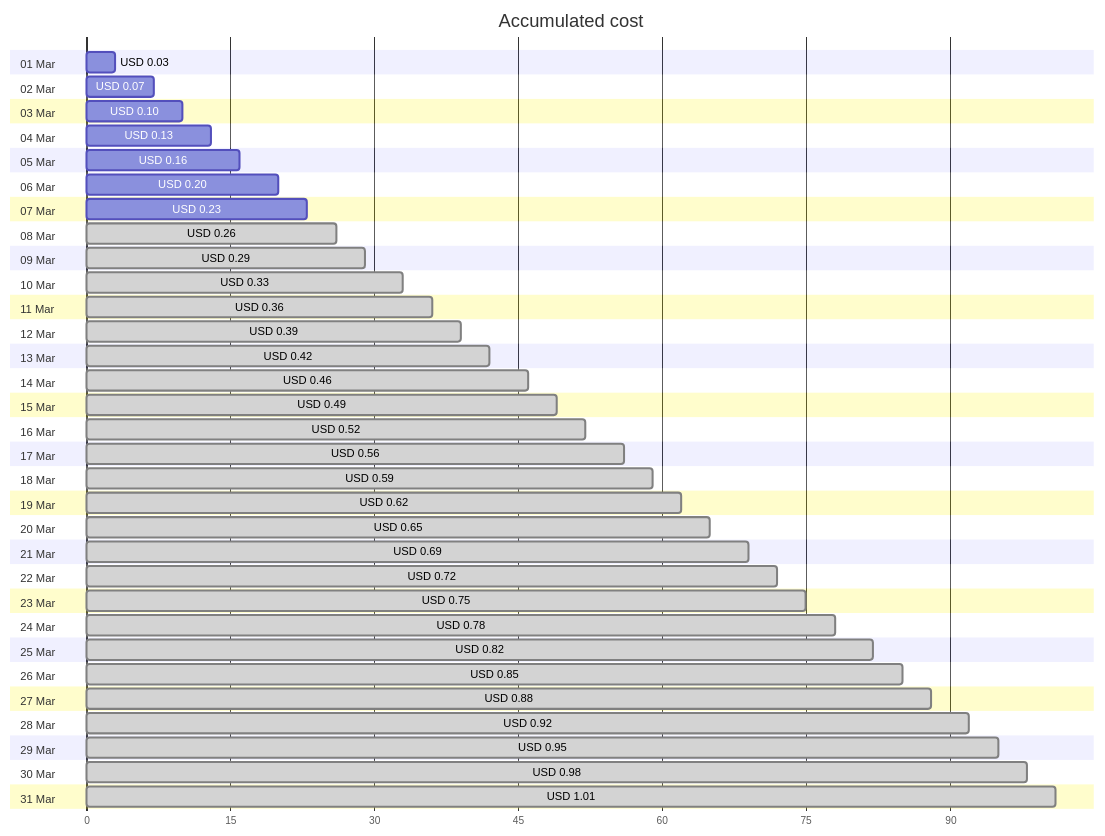
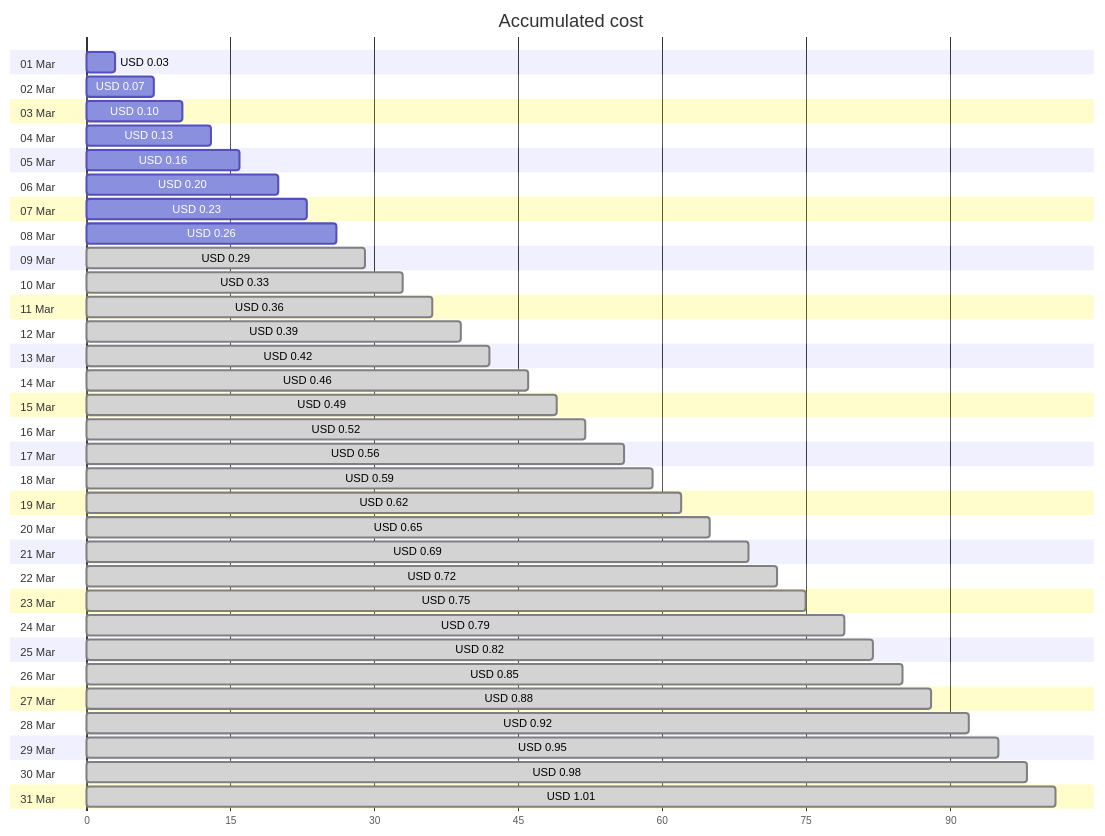
Before and after one commit to jpfulton/azure-personal-reports: the first of 4 diagrams in cost-reports/personal-dns/README.md, drawn with Mermaid. The commit also changed other lines of this file and 2 other files, not shown here.

````diff
--- a/cost-reports/personal-dns/README.md
+++ b/cost-reports/personal-dns/README.md
@@ -20,68 +20,68 @@
 ```mermaid
 gantt
    title Accumulated cost
    dateFormat  X
    axisFormat %s
    section 01 Mar
    USD 0.03 :0, 3
    section 02 Mar
    USD 0.07 :0, 7
    section 03 Mar
    USD 0.10 :0, 10
    section 04 Mar
    USD 0.13 :0, 13
    section 05 Mar
    USD 0.16 :0, 16
    section 06 Mar
    USD 0.20 :0, 20
    section 07 Mar
    USD 0.23 :0, 23
    section 08 Mar
-   USD 0.26 : done, 0, 26
+   USD 0.26 :0, 26
    section 09 Mar
    USD 0.29 : done, 0, 29
    section 10 Mar
    USD 0.33 : done, 0, 33
    section 11 Mar
    USD 0.36 : done, 0, 36
    section 12 Mar
    USD 0.39 : done, 0, 39
    section 13 Mar
    USD 0.42 : done, 0, 42
    section 14 Mar
    USD 0.46 : done, 0, 46
    section 15 Mar
    USD 0.49 : done, 0, 49
    section 16 Mar
    USD 0.52 : done, 0, 52
    section 17 Mar
    USD 0.56 : done, 0, 56
    section 18 Mar
    USD 0.59 : done, 0, 59
    section 19 Mar
    USD 0.62 : done, 0, 62
    section 20 Mar
    USD 0.65 : done, 0, 65
    section 21 Mar
    USD 0.69 : done, 0, 69
    section 22 Mar
    USD 0.72 : done, 0, 72
    section 23 Mar
    USD 0.75 : done, 0, 75
    section 24 Mar
-   USD 0.78 : done, 0, 78
+   USD 0.79 : done, 0, 79
    section 25 Mar
    USD 0.82 : done, 0, 82
    section 26 Mar
    USD 0.85 : done, 0, 85
    section 27 Mar
    USD 0.88 : done, 0, 88
    section 28 Mar
    USD 0.92 : done, 0, 92
    section 29 Mar
    USD 0.95 : done, 0, 95
    section 30 Mar
    USD 0.98 : done, 0, 98
    section 31 Mar
    USD 1.01 : done, 0, 101
 ```
````
